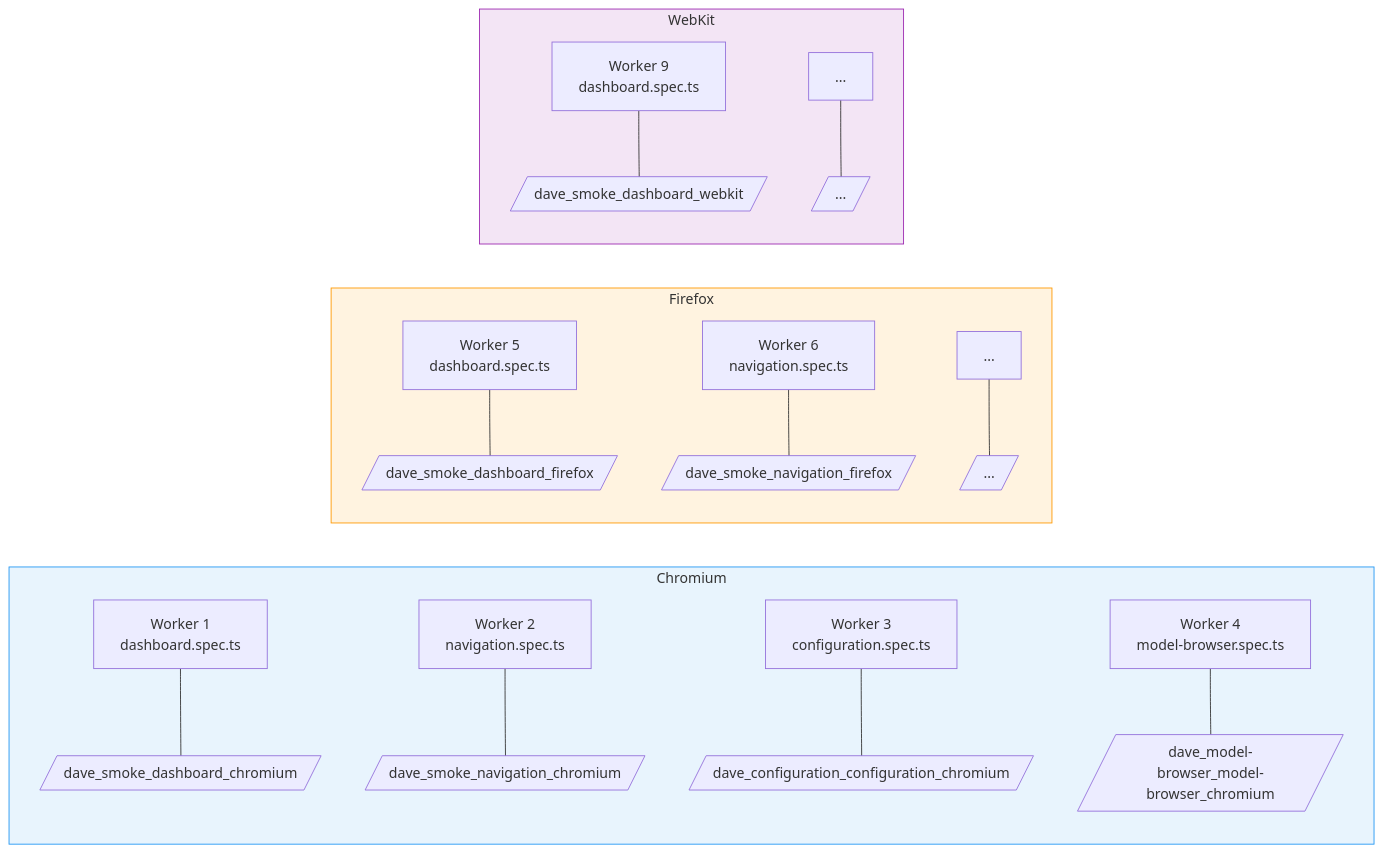
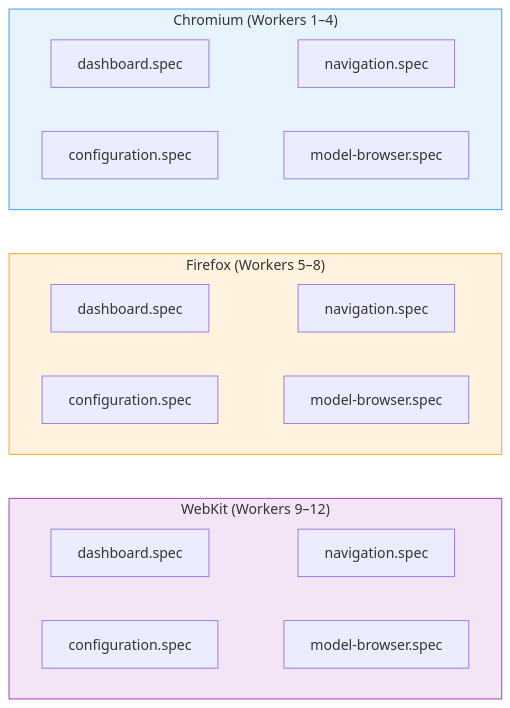
Before and after one commit to hal/dave: the second of 2 diagrams in docs/architecture.md, drawn with Mermaid. The commit also changed other lines of this file and 4 other files, not shown here.

First line of the commit message:
fix: improve Mermaid diagram readability and styling

````diff
--- a/docs/architecture.md
+++ b/docs/architecture.md
@@ -38,24 +25,23 @@
 ```mermaid
-flowchart LR
-    subgraph chromium["Chromium"]
-        cw1["Worker 1\ndashboard.spec.ts"] --- cc1[/"dave_smoke_dashboard_chromium"/]
-        cw2["Worker 2\nnavigation.spec.ts"] --- cc2[/"dave_smoke_navigation_chromium"/]
-        cw3["Worker 3\nconfiguration.spec.ts"] --- cc3[/"dave_configuration_configuration_chromium"/]
-        cw4["Worker 4\nmodel-browser.spec.ts"] --- cc4[/"dave_model-browser_model-browser_chromium"/]
+flowchart TB
+    subgraph chromium["Chromium (Workers 1–4)"]
+        c1["dashboard.spec"] ~~~ c2["navigation.spec"]
+        c3["configuration.spec"] ~~~ c4["model-browser.spec"]
     end
 
-    subgraph firefox["Firefox"]
-        fw1["Worker 5\ndashboard.spec.ts"] --- fc1[/"dave_smoke_dashboard_firefox"/]
-        fw2["Worker 6\nnavigation.spec.ts"] --- fc2[/"dave_smoke_navigation_firefox"/]
-        fw3["..."] --- fc3[/"..."/]
+    subgraph firefox["Firefox (Workers 5–8)"]
+        f1["dashboard.spec"] ~~~ f2["navigation.spec"]
+        f3["configuration.spec"] ~~~ f4["model-browser.spec"]
     end
 
-    subgraph webkit["WebKit"]
-        ww1["Worker 9\ndashboard.spec.ts"] --- wc1[/"dave_smoke_dashboard_webkit"/]
-        ww2["..."] --- wc2[/"..."/]
+    subgraph webkit["WebKit (Workers 9–12)"]
+        w1["dashboard.spec"] ~~~ w2["navigation.spec"]
+        w3["configuration.spec"] ~~~ w4["model-browser.spec"]
     end
+
+    chromium ~~~ firefox ~~~ webkit
 
     style chromium fill:#e8f4fd,stroke:#2196f3
     style firefox fill:#fff3e0,stroke:#ff9800
     style webkit fill:#f3e5f5,stroke:#9c27b0
 ```
````
